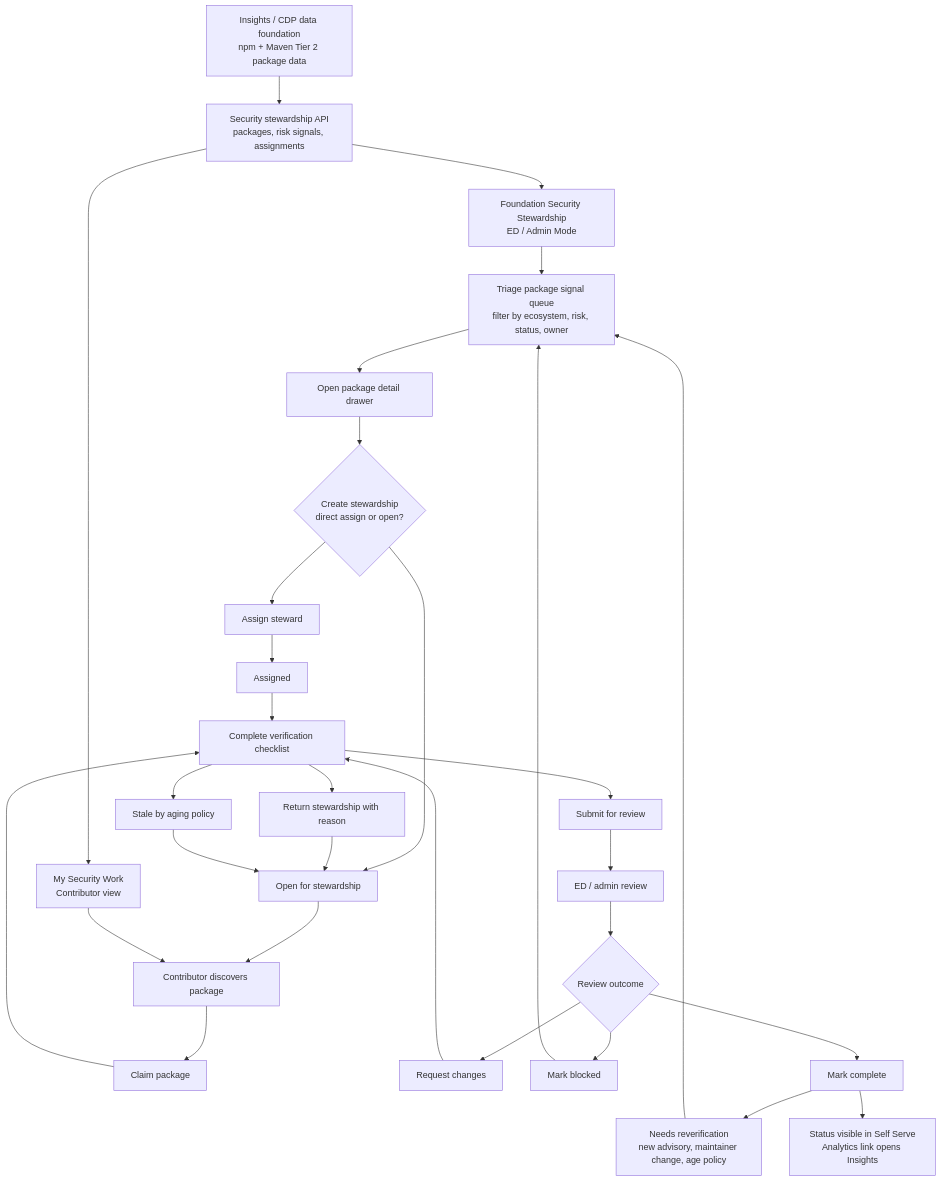
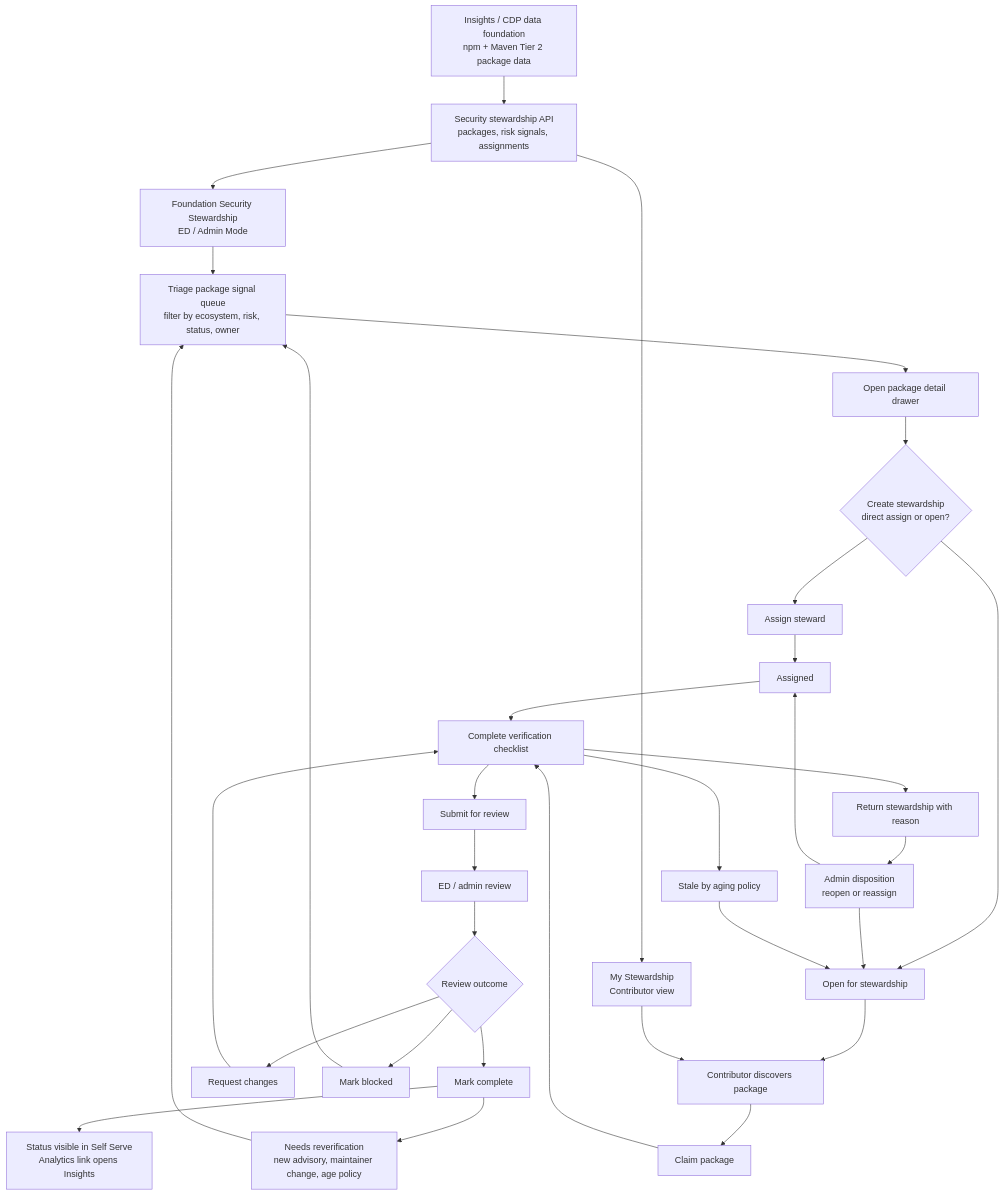
Before and after one commit to linuxfoundation/lfx-v2-ui: the second of 4 diagrams in docs/security-project-adoption.md, drawn with Mermaid. The commit also changed other lines of this file, not shown here.

Commit message:
docs(security): shift stewardship spec to project MVP

````diff
--- a/docs/security-project-adoption.md
+++ b/docs/security-project-adoption.md
@@ -35,36 +117,38 @@
 ```mermaid
 flowchart TD
   source["Insights / CDP data foundation<br/>npm + Maven Tier 2 package data"] --> sync["Security stewardship API<br/>packages, risk signals, assignments"]
   sync --> admin["Foundation Security Stewardship<br/>ED / Admin Mode"]
-  sync --> me["My Security Work<br/>Contributor view"]
+  sync --> me["My Stewardship<br/>Contributor view"]
 
   admin --> triage["Triage package signal queue<br/>filter by ecosystem, risk, status, owner"]
   triage --> detail["Open package detail drawer"]
   detail --> assign{"Create stewardship<br/>direct assign or open?"}
   assign --> direct["Assign steward"]
   assign --> open["Open for stewardship"]
 
   direct --> assigned["Assigned"]
   open --> discover["Contributor discovers package"]
   me --> discover
   discover --> claim["Claim package"]
   claim --> checklist["Complete verification checklist"]
   checklist --> submit["Submit for review"]
 
   assigned --> checklist
   submit --> review["ED / admin review"]
   review --> changes{"Review outcome"}
   changes --> request["Request changes"]
   request --> checklist
   changes --> blocked["Mark blocked"]
   changes --> complete["Mark complete"]
 
   checklist --> return["Return stewardship with reason"]
-  return --> open
+  return --> disposition["Admin disposition<br/>reopen or reassign"]
+  disposition --> open
+  disposition --> assigned
   checklist --> stale["Stale by aging policy"]
   stale --> open
   blocked --> triage
   complete --> reverify["Needs reverification<br/>new advisory, maintainer change, age policy"]
   reverify --> triage
   complete --> insights["Status visible in Self Serve<br/>Analytics link opens Insights"]
 ```
````
